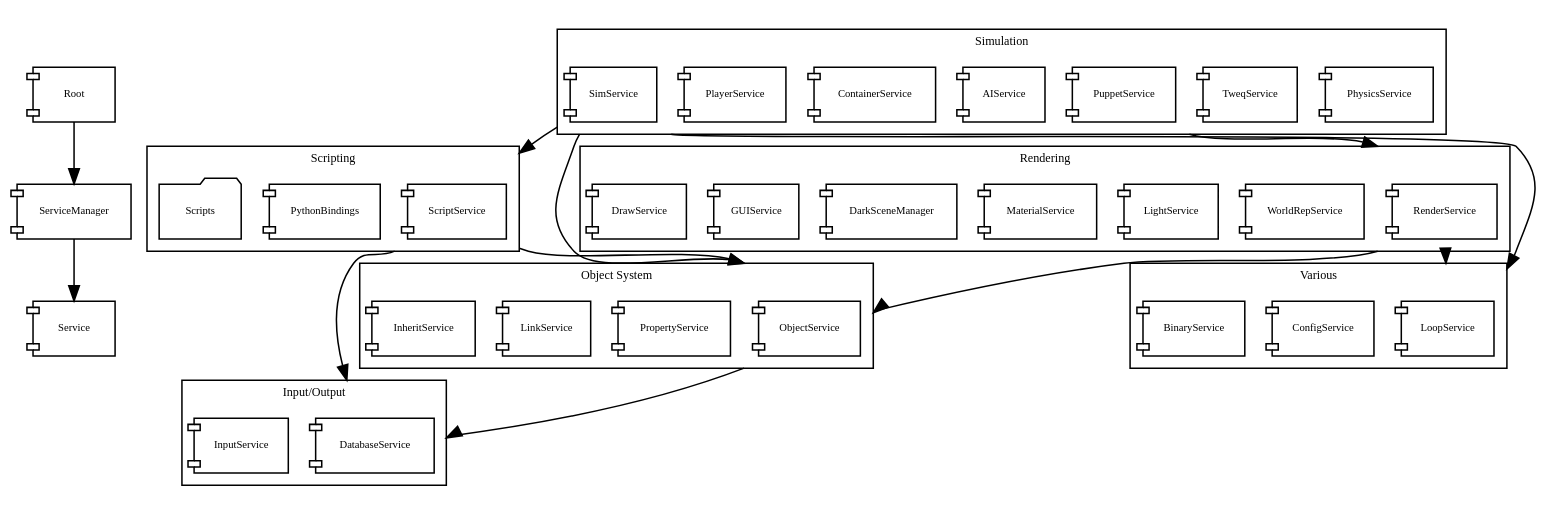
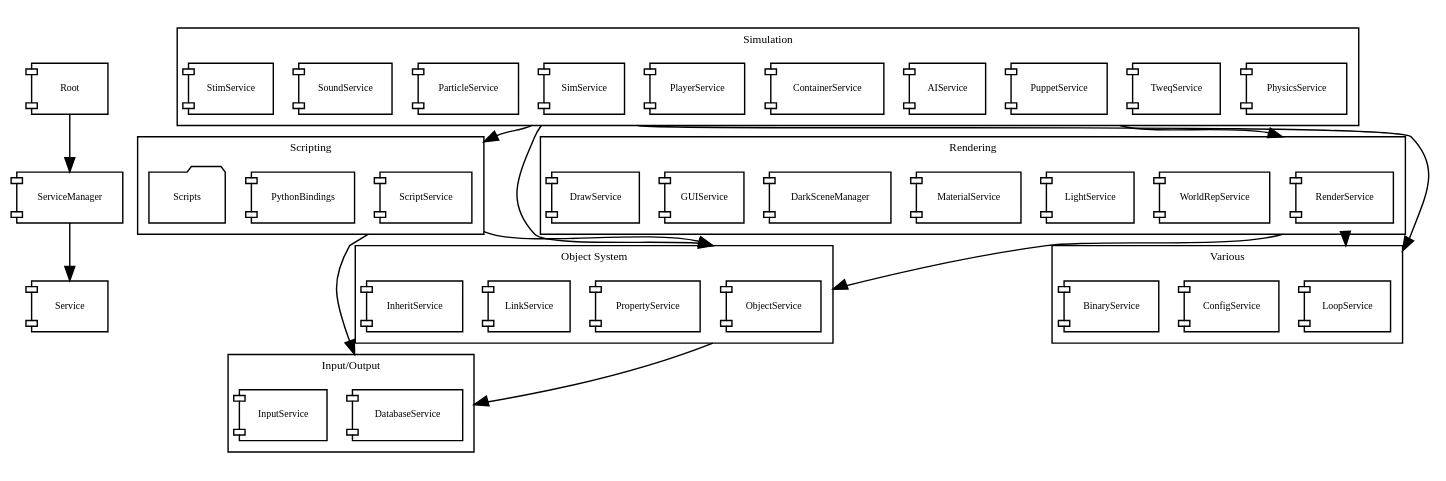
Before and after one commit to volca02/openDarkEngine: the diagram in doc/src/overview.dot, drawn with Graphviz. The commit also changed 8 other files, not shown here.

```diff
--- a/doc/src/overview.dot
+++ b/doc/src/overview.dot
@@ -1,103 +1,106 @@
 digraph G {
 	fontname = "Bitstream Vera Sans"
 	fontsize = 8
 	compound = true
-	
+	size = "13,13"
 	
 	node [
 		fontname = "Bitstream Vera Sans"
 		fontsize = 7
 		shape = "component"	
 	]
 	
 	edge [
 		fontname = "Bitstream Vera Sans"
 		fontsize = 7
 	]
 	
 	Root [
 		label = "Root"
 	]
 		
 	ServiceManager [
 		label = "ServiceManager"
 	]
 		
 	Service [
 		label = "Service"
 	]	
 	
 		
 	subgraph clusterObjSys {
 		label = "Object System"
 		
 		ObjectService 
 		PropertyService
 		LinkService
 		InheritService
 	}
 	
 	subgraph clusterRender {
 		label = "Rendering"
 		
 		RenderService
 		WorldRepService
 		LightService
 		MaterialService
 		DarkSceneManager
 		GUIService
 		DrawService
 	}
 	
 	subgraph clusterIO {
 		label = "Input/Output"
 		
 		DatabaseService
 		InputService
 	}
 	
 	subgraph clusterSim {
 		label = "Simulation"
 		
 		PhysicsService
 		TweqService
 		PuppetService
 		AIService
 		ContainerService
 		PlayerService
 		SimService
+		ParticleService
+		SoundService
+		StimService
 	}
 
 	subgraph clusterScripting {
 		label = "Scripting"
 		
 		ScriptService
 		PythonBindings
 		Scripts [
 			label = "Scripts"
 			shape = "folder"
 		]
 		
 	}
 	
 	subgraph clusterVarious {
 		label = "Various"
 	
 		LoopService
 		ConfigService
 		BinaryService
 	}
 	
 	Root -> ServiceManager
 	ServiceManager -> Service
 	
 	RenderService -> ObjectService [ ltail=clusterRender lhead=clusterObjSys ]
 	RenderService -> LoopService [ ltail=clusterRender lhead=clusterVarious ]
 	ObjectService -> DatabaseService [ ltail=clusterObjSys lhead=clusterIO ]
 	SimService -> LoopService [ ltail=clusterSim lhead=clusterVarious ]
 	SimService -> ObjectService [ ltail=clusterSim lhead=clusterObjSys ]
 	SimService -> ScriptService [ ltail=clusterSim lhead=clusterScripting ]
 	PuppetService -> RenderService [ ltail=clusterSim lhead=clusterRender ]
 	ScriptService -> DatabaseService [ ltail=clusterScripting lhead=clusterIO ]
 	ScriptService -> ObjectService [ ltail=clusterScripting lhead=clusterObjSys ]
 }
```
